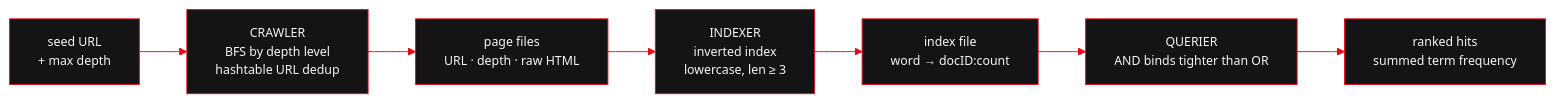
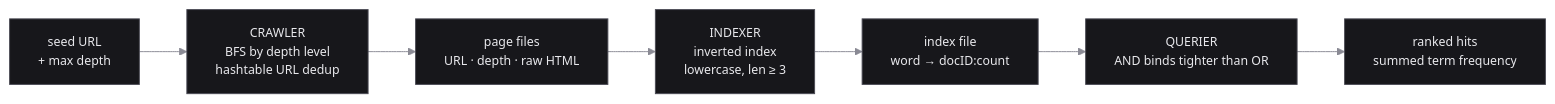
The diagram in README.md (Swabir001/Swabir001), drawn with Mermaid before and after one commit. The commit also changed other lines of this file and 14 other files, not shown here.

````diff
--- a/README.md
+++ b/README.md
@@ -62,10 +67,10 @@
 ```mermaid
-%%{init: {'theme':'base','themeVariables':{'primaryColor':'#141417','primaryTextColor':'#f5f5f5','primaryBorderColor':'#E50914','lineColor':'#E50914','fontFamily':'ui-monospace, monospace','fontSize':'13px'}}}%%
+%%{init: {'theme':'base','themeVariables':{'primaryColor':'#17171b','primaryTextColor':'#e8e8ec','primaryBorderColor':'#4a4a54','lineColor':'#8a8a94','fontFamily':'ui-monospace, monospace','fontSize':'13px'}}}%%
 flowchart LR
     A["seed URL<br/>+ max depth"] --> B["CRAWLER<br/>BFS by depth level<br/>hashtable URL dedup"]
     B --> C["page files<br/>URL · depth · raw HTML"]
     C --> D["INDEXER<br/>inverted index<br/>lowercase, len ≥ 3"]
     D --> E["index file<br/>word → docID:count"]
     E --> F["QUERIER<br/>AND binds tighter than OR"]
     F --> G["ranked hits<br/>summed term frequency"]
 ```
````
